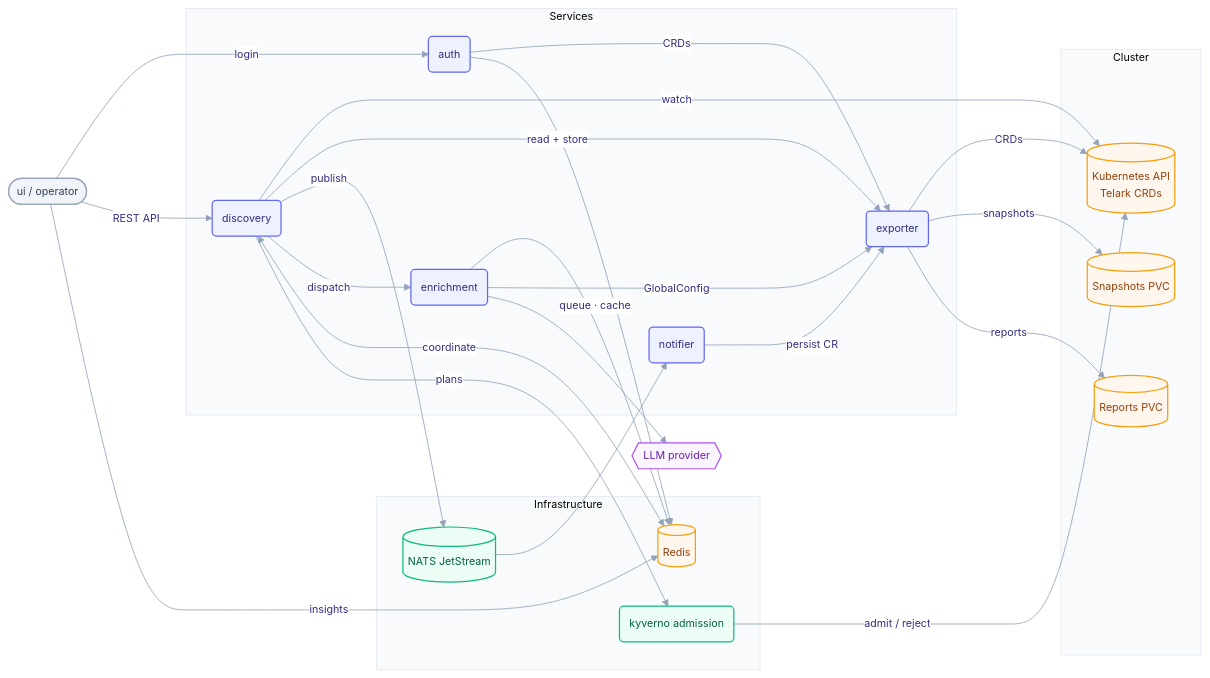
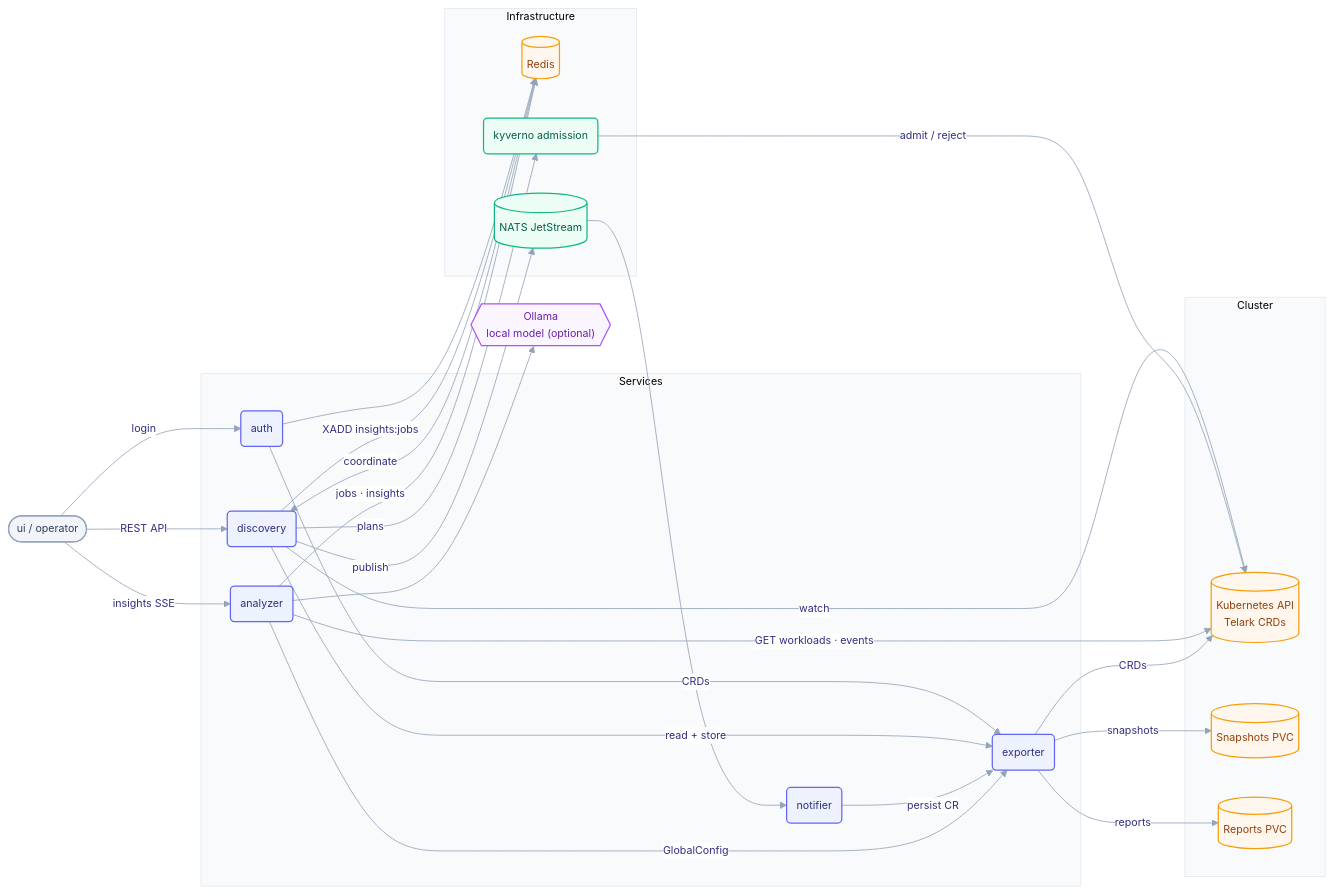
Before and after one commit to telark/telark: the diagram in docs/architecture.md, drawn with Mermaid. The commit also changed other lines of this file and 305 other files, not shown here.

Commit message:
[MAJOR]: replace enrichment with local ollama analyzer (incidents, recommendations, triage), add insights list, plan approval, exclusions

````diff
--- a/docs/architecture.md
+++ b/docs/architecture.md
@@ -7,61 +7,62 @@
 ```mermaid
 %%{init: {"theme":"base","themeVariables":{"fontFamily":"ui-sans-serif, system-ui, -apple-system, Segoe UI, Roboto, sans-serif","fontSize":"13px","lineColor":"#94a3b8","primaryColor":"#eef2ff","primaryBorderColor":"#6366f1","primaryTextColor":"#312e81","edgeLabelBackground":"#ffffff","clusterBkg":"#f8fafc","clusterBorder":"#e2e8f0"},"flowchart":{"curve":"basis","htmlLabels":true,"nodeSpacing":48,"rankSpacing":64,"padding":12}}}%%
 flowchart LR
   UI(["ui / operator"])
 
   subgraph services["Services"]
     AUTH(auth)
     DISC(discovery)
     EXP(exporter)
-    ENR(enrichment)
+    ANL(analyzer)
     NTF(notifier)
   end
 
   subgraph infra["Infrastructure"]
     REDIS[("Redis")]
     NATS[("NATS JetStream")]
     KYV(kyverno admission)
   end
 
   subgraph cluster["Cluster"]
     K8S[("Kubernetes API<br/>Telark CRDs")]
     PVC[("Snapshots PVC")]
     RPVC[("Reports PVC")]
   end
 
-  LLM{{"LLM provider"}}
+  LLM{{"Ollama<br/>local model (optional)"}}
 
   UI -->|login| AUTH
   UI -->|REST API| DISC
-  UI -->|insights| REDIS
+  UI -->|insights SSE| ANL
 
   AUTH -->|CRDs| EXP
   AUTH --> REDIS
 
   DISC -->|watch| K8S
   DISC -->|read + store| EXP
   DISC -->|publish| NATS --> NTF -->|persist CR| EXP
-  DISC -->|dispatch| ENR
+  DISC -->|XADD insights:jobs| REDIS
   DISC <-->|coordinate| REDIS
   DISC -->|plans| KYV
   KYV -->|admit / reject| K8S
 
-  ENR -->|queue · cache| REDIS
-  ENR -->|GlobalConfig| EXP
-  ENR --> LLM
+  ANL -->|jobs · insights| REDIS
+  ANL -->|GlobalConfig| EXP
+  ANL --> LLM
+  ANL -->|GET workloads · events| K8S
 
   EXP -->|CRDs| K8S
   EXP -->|snapshots| PVC
   EXP -->|reports| RPVC
 
   classDef svc fill:#eef2ff,stroke:#6366f1,stroke-width:1.5px,color:#312e81;
   classDef infra fill:#ecfdf5,stroke:#10b981,stroke-width:1.5px,color:#065f46;
   classDef store fill:#fff7ed,stroke:#f59e0b,stroke-width:1.5px,color:#92400e;
   classDef peer fill:#f1f5f9,stroke:#94a3b8,stroke-width:1.5px,color:#334155;
   classDef ext fill:#faf5ff,stroke:#a855f7,stroke-width:1.5px,color:#6b21a8;
-  class AUTH,DISC,EXP,ENR,NTF svc;
+  class AUTH,DISC,EXP,ANL,NTF svc;
   class NATS,KYV infra;
   class REDIS,K8S,PVC,RPVC store;
   class UI peer;
   class LLM ext;
 ```
````
